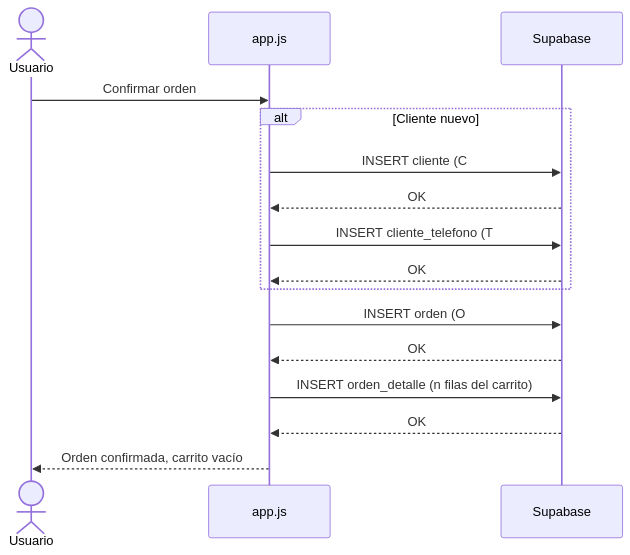
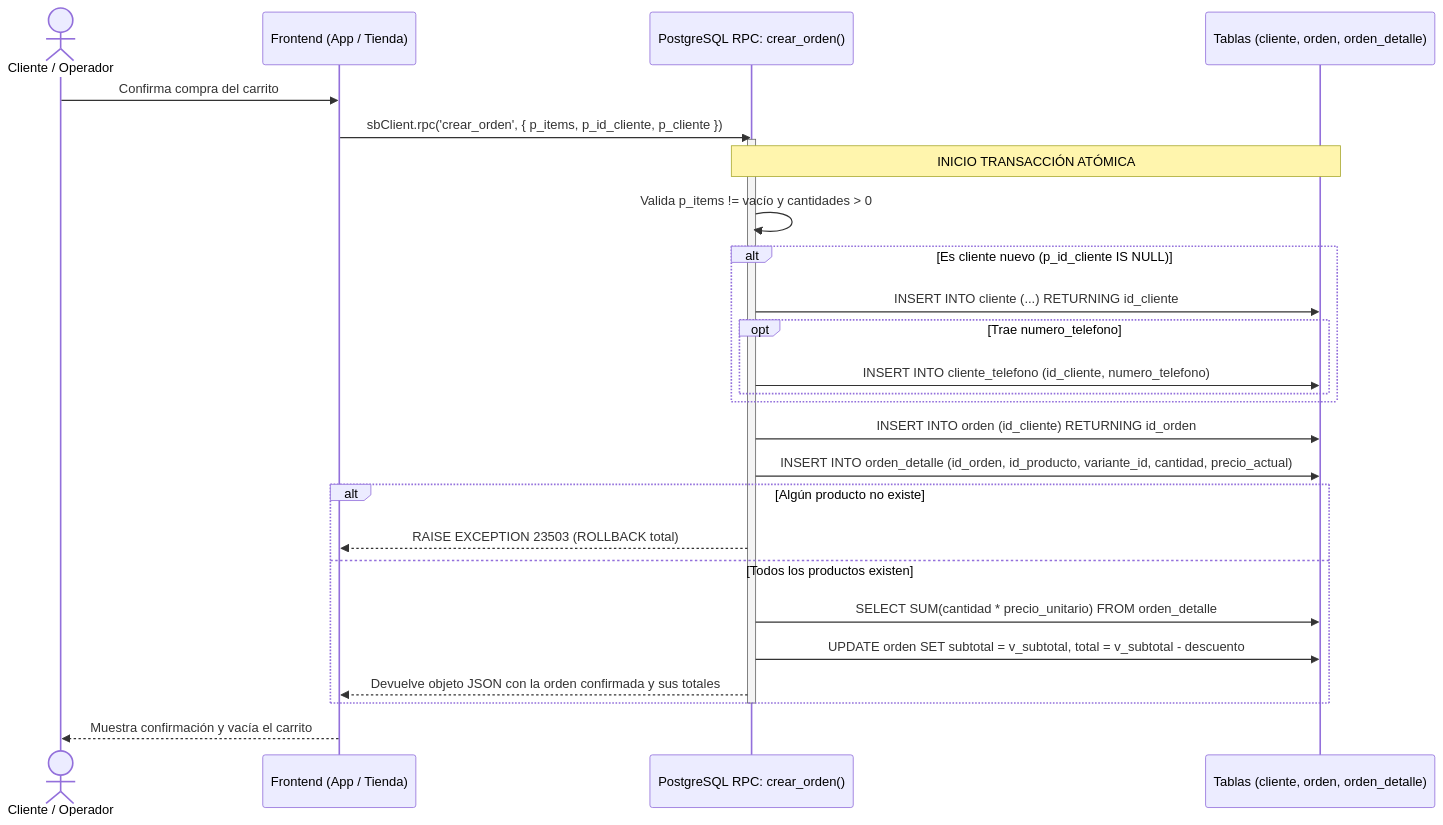
The third of 3 diagrams in docs/DOCUMENTACION_BASE_DATOS.md (mickellest/Vantage_sport), drawn with Mermaid before and after one commit. The commit also changed other lines of this file and 1 other file, not shown here.

````diff
--- a/docs/DOCUMENTACION_BASE_DATOS.md
+++ b/docs/DOCUMENTACION_BASE_DATOS.md
@@ -381,19 +796,30 @@
 ```mermaid
 sequenceDiagram
-    actor U as Usuario
-    participant APP as app.js
-    participant SB as Supabase
+    actor U as Cliente / Operador
+    participant FE as Frontend (App / Tienda)
+    participant RPC as PostgreSQL RPC: crear_orden()
+    participant DB as Tablas (cliente, orden, orden_detalle)
 
-    U->>APP: Confirmar orden
-    alt Cliente nuevo
-        APP->>SB: INSERT cliente (C###)
-        SB-->>APP: OK
-        APP->>SB: INSERT cliente_telefono (T###)
-        SB-->>APP: OK
+    U->>FE: Confirma compra del carrito
+    FE->>RPC: sbClient.rpc('crear_orden', { p_items, p_id_cliente, p_cliente })
+    activate RPC
+    Note over RPC,DB: INICIO TRANSACCIÓN ATÓMICA
+    RPC->>RPC: Valida p_items != vacío y cantidades > 0
+    alt Es cliente nuevo (p_id_cliente IS NULL)
+        RPC->>DB: INSERT INTO cliente (...) RETURNING id_cliente
+        opt Trae numero_telefono
+            RPC->>DB: INSERT INTO cliente_telefono (id_cliente, numero_telefono)
+        end
     end
-    APP->>SB: INSERT orden (O###, id_cliente)
-    SB-->>APP: OK
-    APP->>SB: INSERT orden_detalle (n filas del carrito)
-    SB-->>APP: OK
-    APP-->>U: Orden confirmada, carrito vacío
+    RPC->>DB: INSERT INTO orden (id_cliente) RETURNING id_orden
+    RPC->>DB: INSERT INTO orden_detalle (id_orden, id_producto, variante_id, cantidad, precio_actual)
+    alt Algún producto no existe
+        RPC-->>FE: RAISE EXCEPTION 23503 (ROLLBACK total)
+    else Todos los productos existen
+        RPC->>DB: SELECT SUM(cantidad * precio_unitario) FROM orden_detalle
+        RPC->>DB: UPDATE orden SET subtotal = v_subtotal, total = v_subtotal - descuento
+        RPC-->>FE: Devuelve objeto JSON con la orden confirmada y sus totales
+    end
+    deactivate RPC
+    FE-->>U: Muestra confirmación y vacía el carrito
 ```
````
